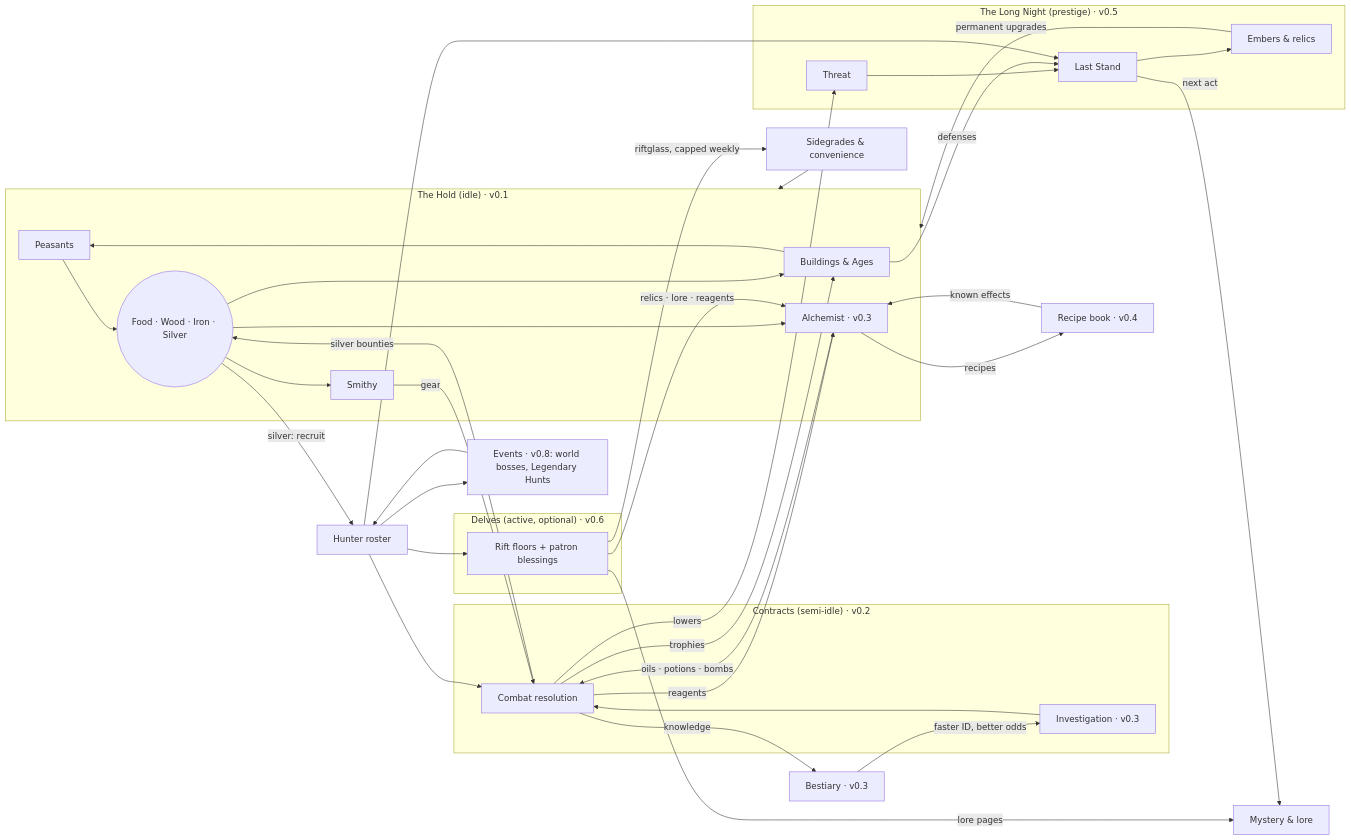
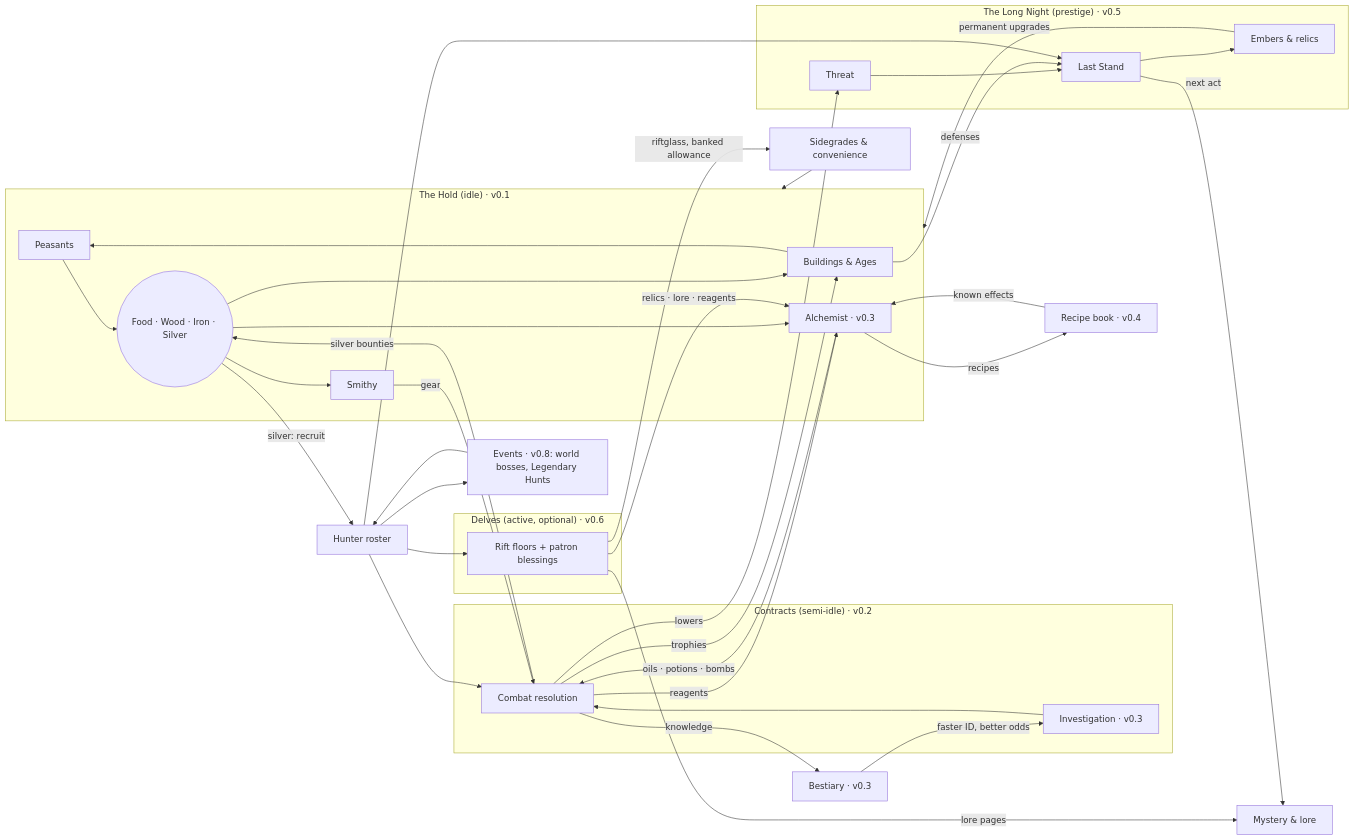
One commit to jtschick7-cyber/the-last-hold changed the diagram in docs/gdd.md. Above: the diagram before and after it, drawn with Mermaid. The commit also changed other lines of this file and 1 other file, not shown here.

````diff
--- a/docs/gdd.md
+++ b/docs/gdd.md
@@ -192,48 +193,48 @@
 ```mermaid
 flowchart LR
   subgraph HOLD["The Hold (idle) · v0.1"]
     P[Peasants] --> B((Food · Wood · Iron · Silver))
     B --> BLD[Buildings & Ages]
     BLD --> P
     B --> SM[Smithy]
     B --> AL[Alchemist · v0.3]
   end
 
   subgraph CON["Contracts (semi-idle) · v0.2"]
     INV[Investigation · v0.3] --> FIGHT[Combat resolution]
   end
 
   SM -- gear --> FIGHT
   AL -- oils · potions · bombs --> FIGHT
   B -- silver: recruit --> H[Hunter roster]
   H --> FIGHT
   FIGHT -- silver bounties --> B
   FIGHT -- trophies --> BLD
   FIGHT -- reagents --> AL
   FIGHT -- knowledge --> BEST[Bestiary · v0.3]
   BEST -- faster ID, better odds --> INV
   AL -- recipes --> RB[Recipe book · v0.4]
   RB -- known effects --> AL
 
   subgraph DEL["Delves (active, optional) · v0.6"]
     RIFT[Rift floors + patron blessings]
   end
   H --> RIFT
-  RIFT -- riftglass, capped weekly --> SIDE[Sidegrades & convenience]
+  RIFT -- riftglass, banked allowance --> SIDE[Sidegrades & convenience]
   RIFT -- relics · lore · reagents --> AL
   SIDE --> HOLD
 
   subgraph NIGHT["The Long Night (prestige) · v0.5"]
     THR[Threat] --> LS[Last Stand]
     LS --> EMB[Embers & relics]
   end
   FIGHT -- lowers --> THR
   BLD -- defenses --> LS
   H --> LS
   EMB -- permanent upgrades --> HOLD
   LS -- next act --> LORE[Mystery & lore]
   RIFT -- lore pages --> LORE
 
   EV["Events · v0.8: world bosses, Legendary Hunts"] --> H
   H --> EV
 ```
````
